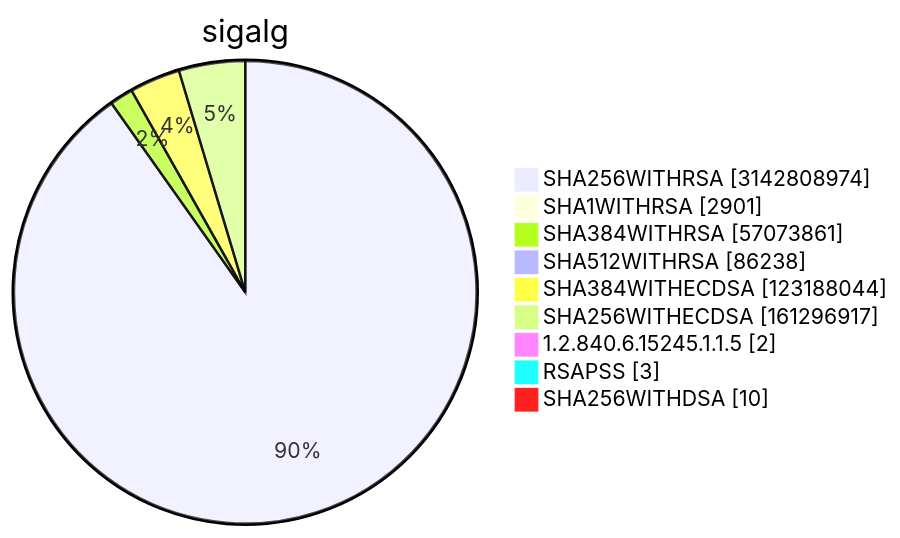
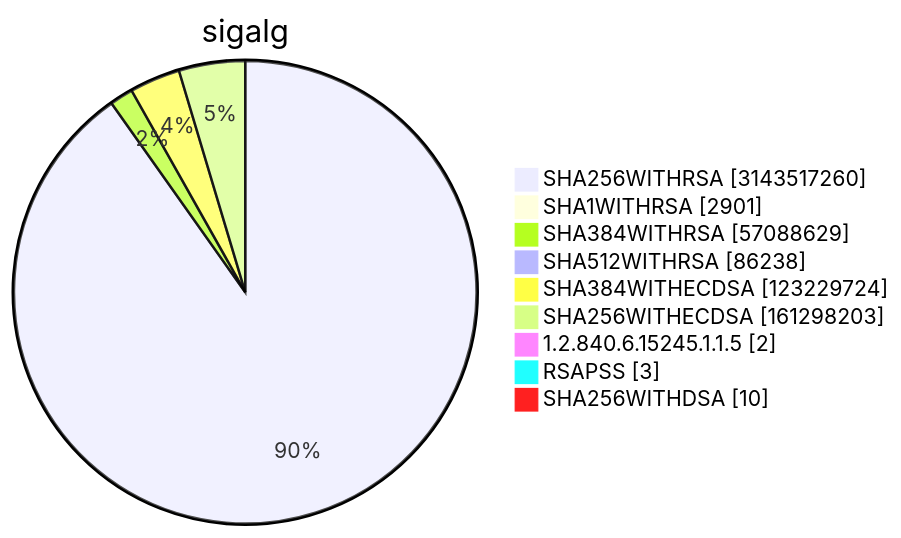
Before and after one commit to christiankrug/ctmonitor_visualization: diagram 15 of 15 in TOTAL/README.md, drawn with Mermaid. The commit also changed other lines of this file, not shown here.

````diff
--- a/TOTAL/README.md
+++ b/TOTAL/README.md
@@ -6213,13 +6213,13 @@
 ```mermaid
 pie showData
 title sigalg
-"SHA256WITHRSA" :3142808974
+"SHA256WITHRSA" :3143517260
 "SHA1WITHRSA" :2901
-"SHA384WITHRSA" :57073861
+"SHA384WITHRSA" :57088629
 "SHA512WITHRSA" :86238
-"SHA384WITHECDSA" :123188044
-"SHA256WITHECDSA" :161296917
+"SHA384WITHECDSA" :123229724
+"SHA256WITHECDSA" :161298203
 "1.2.840.6.15245.1.1.5" :2
 "RSAPSS" :3
 "SHA256WITHDSA" :10
 ```
````
